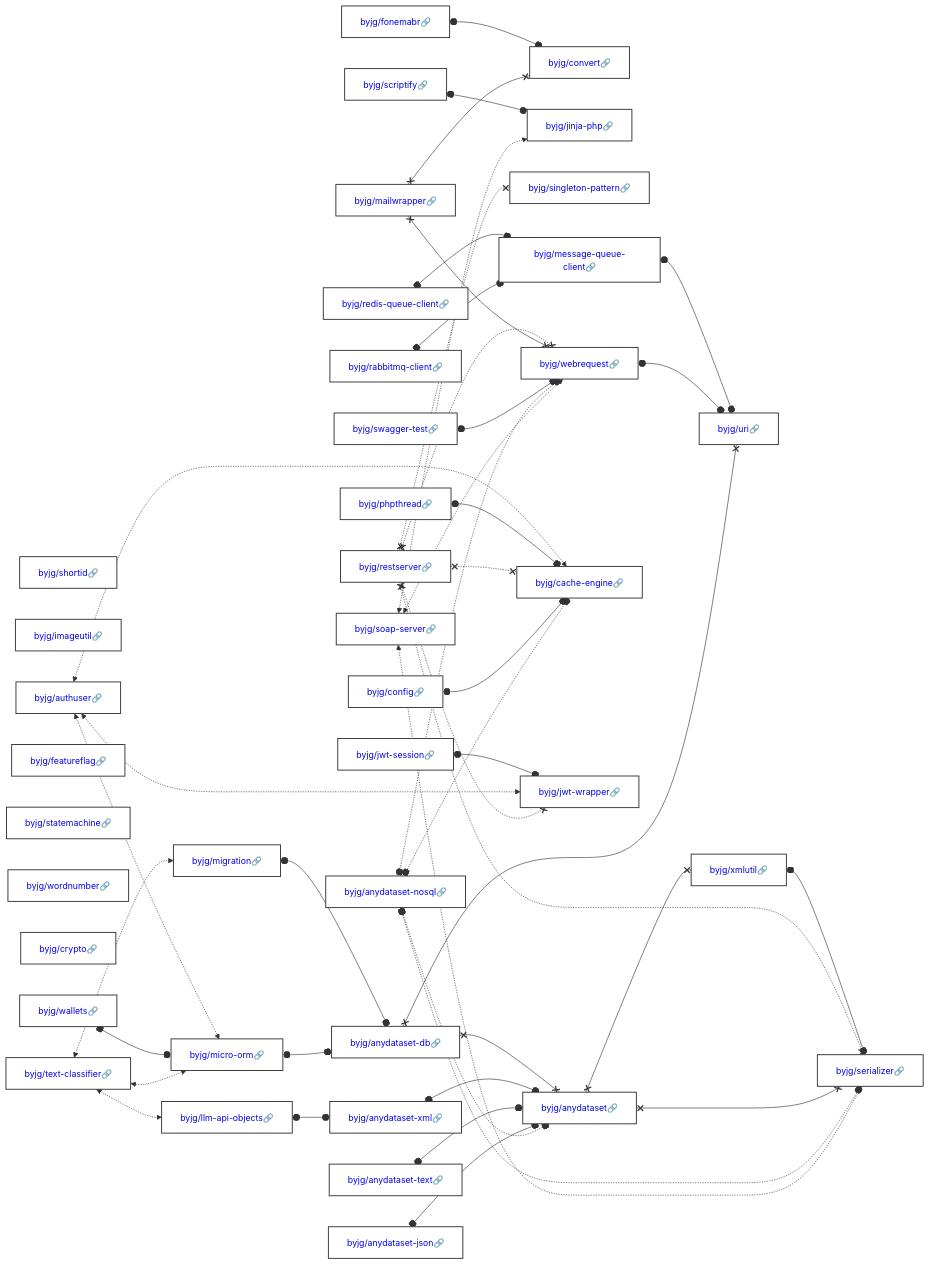
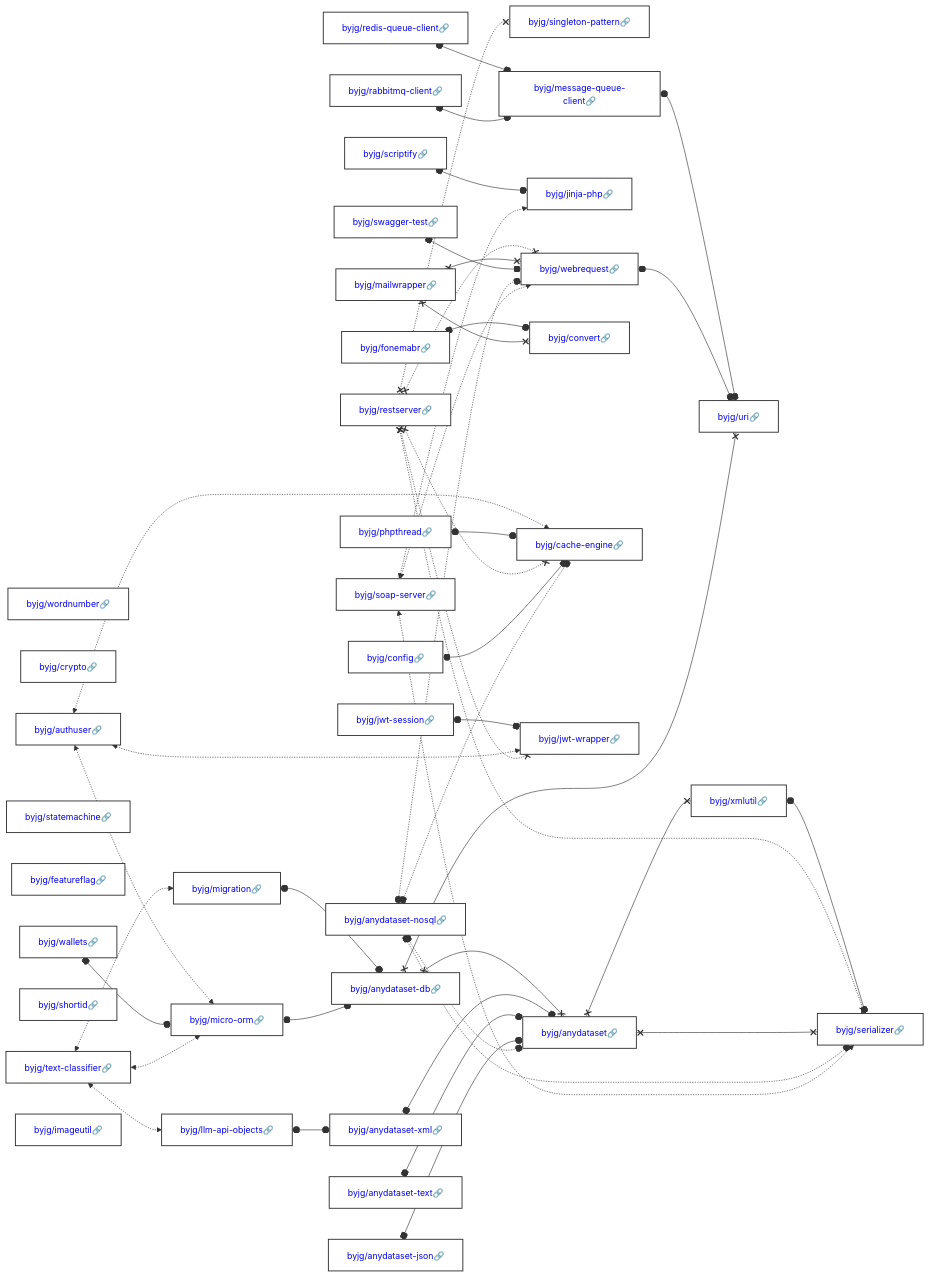
Before and after one commit to byjg/byjg.github.io: the diagram in docs/php/README.md, drawn with Mermaid. The commit also changed other lines of this file and 1 other file, not shown here.

Commit message:
Update documentation 'php' 'php-serializer'

````diff
--- a/docs/php/README.md
+++ b/docs/php/README.md
@@ -3,35 +3,35 @@
 ```mermaid
 graph LR;
+  byjg/wordnumber[<a href='https://opensource.byjg.com/docs/php/wordnumber' style='text-decoration:none'>byjg/wordnumber🔗</a>];
+  byjg/anydataset-text[<a href='https://opensource.byjg.com/docs/php/anydataset-text' style='text-decoration:none'>byjg/anydataset-text🔗</a>];
+  byjg/redis-queue-client[<a href='https://opensource.byjg.com/docs/php/redis-queue-client' style='text-decoration:none'>byjg/redis-queue-client🔗</a>];
+  byjg/swagger-test[<a href='https://opensource.byjg.com/docs/php/swagger-test' style='text-decoration:none'>byjg/swagger-test🔗</a>];
+  byjg/crypto[<a href='https://opensource.byjg.com/docs/php/crypto' style='text-decoration:none'>byjg/crypto🔗</a>];
+  byjg/wallets[<a href='https://opensource.byjg.com/docs/php/wallets' style='text-decoration:none'>byjg/wallets🔗</a>];
+  byjg/statemachine[<a href='https://opensource.byjg.com/docs/php/statemachine' style='text-decoration:none'>byjg/statemachine🔗</a>];
+  byjg/anydataset-nosql[<a href='https://opensource.byjg.com/docs/php/anydataset-nosql' style='text-decoration:none'>byjg/anydataset-nosql🔗</a>];
+  byjg/mailwrapper[<a href='https://opensource.byjg.com/docs/php/mailwrapper' style='text-decoration:none'>byjg/mailwrapper🔗</a>];
+  byjg/featureflag[<a href='https://opensource.byjg.com/docs/php/featureflag' style='text-decoration:none'>byjg/featureflag🔗</a>];
+  byjg/soap-server[<a href='https://opensource.byjg.com/docs/php/soap-server' style='text-decoration:none'>byjg/soap-server🔗</a>];
+  byjg/restserver[<a href='https://opensource.byjg.com/docs/php/restserver' style='text-decoration:none'>byjg/restserver🔗</a>];
+  byjg/phpthread[<a href='https://opensource.byjg.com/docs/php/phpthread' style='text-decoration:none'>byjg/phpthread🔗</a>];
+  byjg/anydataset-json[<a href='https://opensource.byjg.com/docs/php/anydataset-json' style='text-decoration:none'>byjg/anydataset-json🔗</a>];
+  byjg/text-classifier[<a href='https://opensource.byjg.com/docs/php/text-classifier' style='text-decoration:none'>byjg/text-classifier🔗</a>];
+  byjg/shortid[<a href='https://opensource.byjg.com/docs/php/shortid' style='text-decoration:none'>byjg/shortid🔗</a>];
+  byjg/jwt-session[<a href='https://opensource.byjg.com/docs/php/jwt-session' style='text-decoration:none'>byjg/jwt-session🔗</a>];
+  byjg/scriptify[<a href='https://opensource.byjg.com/docs/php/scriptify' style='text-decoration:none'>byjg/scriptify🔗</a>];
+  byjg/config[<a href='https://opensource.byjg.com/docs/php/config' style='text-decoration:none'>byjg/config🔗</a>];
+  byjg/rabbitmq-client[<a href='https://opensource.byjg.com/docs/php/rabbitmq-client' style='text-decoration:none'>byjg/rabbitmq-client🔗</a>];
   byjg/fonemabr[<a href='https://opensource.byjg.com/docs/php/fonemabr' style='text-decoration:none'>byjg/fonemabr🔗</a>];
-  byjg/shortid[<a href='https://opensource.byjg.com/docs/php/shortid' style='text-decoration:none'>byjg/shortid🔗</a>];
-  byjg/soap-server[<a href='https://opensource.byjg.com/docs/php/soap-server' style='text-decoration:none'>byjg/soap-server🔗</a>];
-  byjg/mailwrapper[<a href='https://opensource.byjg.com/docs/php/mailwrapper' style='text-decoration:none'>byjg/mailwrapper🔗</a>];
+  byjg/authuser[<a href='https://opensource.byjg.com/docs/php/authuser' style='text-decoration:none'>byjg/authuser🔗</a>];
   byjg/imageutil[<a href='https://opensource.byjg.com/docs/php/imageutil' style='text-decoration:none'>byjg/imageutil🔗</a>];
-  byjg/jwt-session[<a href='https://opensource.byjg.com/docs/php/jwt-session' style='text-decoration:none'>byjg/jwt-session🔗</a>];
-  byjg/anydataset-text[<a href='https://opensource.byjg.com/docs/php/anydataset-text' style='text-decoration:none'>byjg/anydataset-text🔗</a>];
-  byjg/wallets[<a href='https://opensource.byjg.com/docs/php/wallets' style='text-decoration:none'>byjg/wallets🔗</a>];
-  byjg/scriptify[<a href='https://opensource.byjg.com/docs/php/scriptify' style='text-decoration:none'>byjg/scriptify🔗</a>];
-  byjg/swagger-test[<a href='https://opensource.byjg.com/docs/php/swagger-test' style='text-decoration:none'>byjg/swagger-test🔗</a>];
-  byjg/featureflag[<a href='https://opensource.byjg.com/docs/php/featureflag' style='text-decoration:none'>byjg/featureflag🔗</a>];
-  byjg/anydataset-json[<a href='https://opensource.byjg.com/docs/php/anydataset-json' style='text-decoration:none'>byjg/anydataset-json🔗</a>];
-  byjg/config[<a href='https://opensource.byjg.com/docs/php/config' style='text-decoration:none'>byjg/config🔗</a>];
-  byjg/restserver[<a href='https://opensource.byjg.com/docs/php/restserver' style='text-decoration:none'>byjg/restserver🔗</a>];
-  byjg/statemachine[<a href='https://opensource.byjg.com/docs/php/statemachine' style='text-decoration:none'>byjg/statemachine🔗</a>];
-  byjg/wordnumber[<a href='https://opensource.byjg.com/docs/php/wordnumber' style='text-decoration:none'>byjg/wordnumber🔗</a>];
-  byjg/rabbitmq-client[<a href='https://opensource.byjg.com/docs/php/rabbitmq-client' style='text-decoration:none'>byjg/rabbitmq-client🔗</a>];
-  byjg/redis-queue-client[<a href='https://opensource.byjg.com/docs/php/redis-queue-client' style='text-decoration:none'>byjg/redis-queue-client🔗</a>];
-  byjg/anydataset-nosql[<a href='https://opensource.byjg.com/docs/php/anydataset-nosql' style='text-decoration:none'>byjg/anydataset-nosql🔗</a>];
-  byjg/crypto[<a href='https://opensource.byjg.com/docs/php/crypto' style='text-decoration:none'>byjg/crypto🔗</a>];
-  byjg/phpthread[<a href='https://opensource.byjg.com/docs/php/phpthread' style='text-decoration:none'>byjg/phpthread🔗</a>];
-  byjg/text-classifier[<a href='https://opensource.byjg.com/docs/php/text-classifier' style='text-decoration:none'>byjg/text-classifier🔗</a>];
-  byjg/authuser[<a href='https://opensource.byjg.com/docs/php/authuser' style='text-decoration:none'>byjg/authuser🔗</a>];
-  byjg/convert[<a href='https://opensource.byjg.com/docs/php/convert' style='text-decoration:none'>byjg/convert🔗</a>];
-  byjg/jinja-php[<a href='https://opensource.byjg.com/docs/php/jinja-php' style='text-decoration:none'>byjg/jinja-php🔗</a>];
   byjg/singleton-pattern[<a href='https://opensource.byjg.com/docs/php/singleton-pattern' style='text-decoration:none'>byjg/singleton-pattern🔗</a>];
-  byjg/message-queue-client[<a href='https://opensource.byjg.com/docs/php/message-queue-client' style='text-decoration:none'>byjg/message-queue-client🔗</a>];
   byjg/webrequest[<a href='https://opensource.byjg.com/docs/php/webrequest' style='text-decoration:none'>byjg/webrequest🔗</a>];
   byjg/migration[<a href='https://opensource.byjg.com/docs/php/migration' style='text-decoration:none'>byjg/migration🔗</a>];
   byjg/llm-api-objects[<a href='https://opensource.byjg.com/docs/php/llm-api-objects' style='text-decoration:none'>byjg/llm-api-objects🔗</a>];
+  byjg/jinja-php[<a href='https://opensource.byjg.com/docs/php/jinja-php' style='text-decoration:none'>byjg/jinja-php🔗</a>];
+  byjg/message-queue-client[<a href='https://opensource.byjg.com/docs/php/message-queue-client' style='text-decoration:none'>byjg/message-queue-client🔗</a>];
+  byjg/convert[<a href='https://opensource.byjg.com/docs/php/convert' style='text-decoration:none'>byjg/convert🔗</a>];
   byjg/micro-orm[<a href='https://opensource.byjg.com/docs/php/micro-orm' style='text-decoration:none'>byjg/micro-orm🔗</a>];
   byjg/cache-engine[<a href='https://opensource.byjg.com/docs/php/cache-engine' style='text-decoration:none'>byjg/cache-engine🔗</a>];
   byjg/jwt-wrapper[<a href='https://opensource.byjg.com/docs/php/jwt-wrapper' style='text-decoration:none'>byjg/jwt-wrapper🔗</a>];
````
